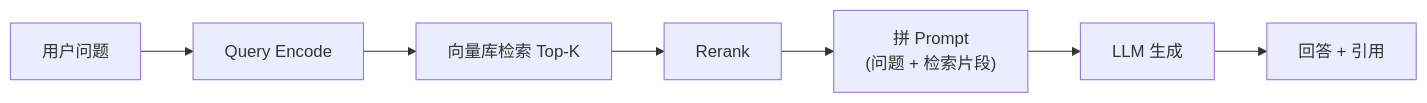
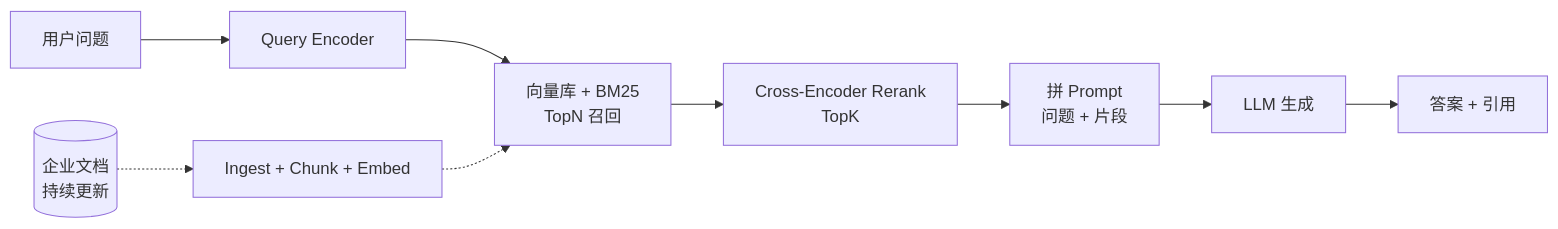
The diagram in docs/ai-workloads/rag.md (wangyong9999/lakehouse-wiki), drawn with Mermaid before and after one commit. The commit also changed other lines of this file and 1 other file, not shown here.

````diff
--- a/docs/ai-workloads/rag.md
+++ b/docs/ai-workloads/rag.md
@@ -20,9 +64,12 @@
 ```mermaid
 flowchart LR
-  q[用户问题] --> qe[Query Encode]
-  qe --> retrieve[向量库检索 Top-K]
-  retrieve --> rerank[Rerank]
-  rerank --> prompt["拼 Prompt<br/>(问题 + 检索片段)"]
+  q[用户问题] --> qe[Query Encoder]
+  qe --> retrieve[向量库 + BM25<br/>TopN 召回]
+  retrieve --> rerank[Cross-Encoder Rerank<br/>TopK]
+  rerank --> prompt[拼 Prompt<br/>问题 + 片段]
   prompt --> llm[LLM 生成]
-  llm --> ans[回答 + 引用]
+  llm --> ans[答案 + 引用]
+
+  docs[(企业文档<br/>持续更新)] -.-> ingest[Ingest + Chunk + Embed]
+  ingest -.-> retrieve
 ```
````
